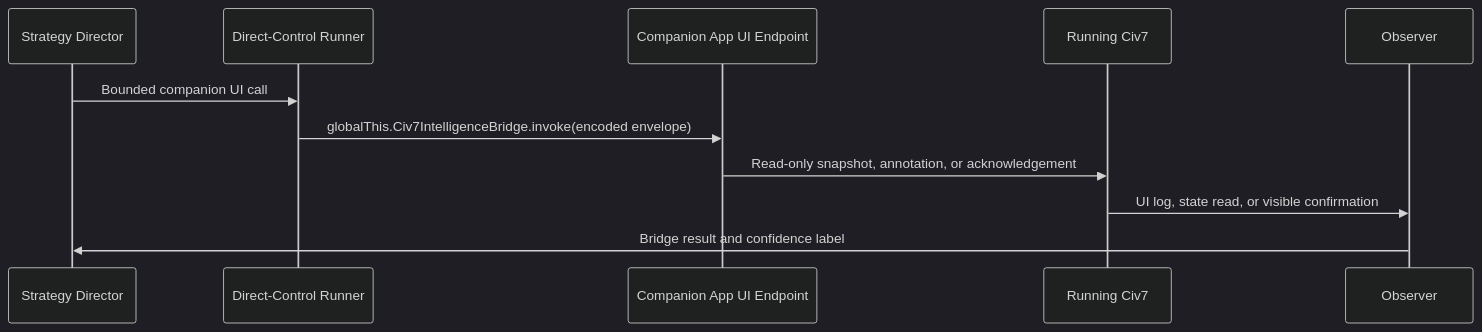
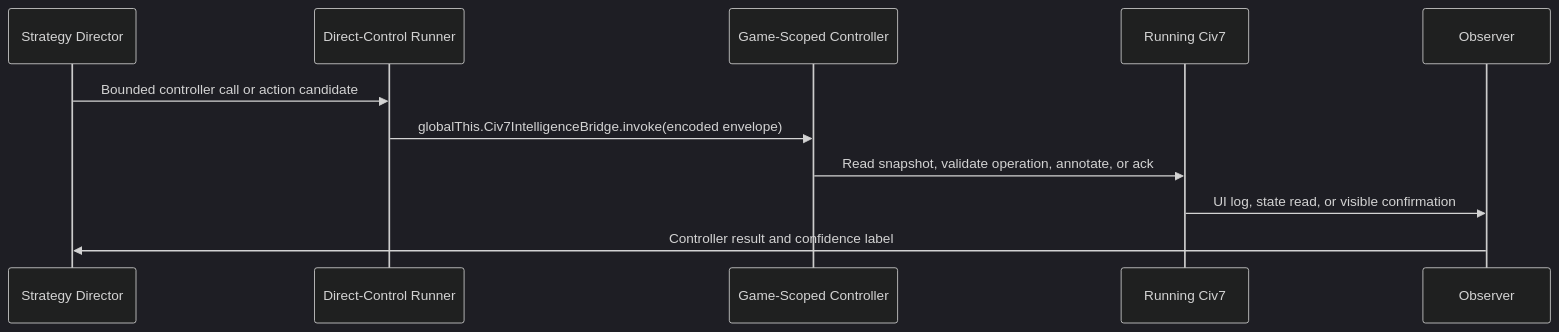
Before and after one commit to mateicanavra/civ7-modding-tools: the fourth of 4 diagrams in docs/projects/civ7-intelligence-layer/SOLUTION-FRAME.md, drawn with Mermaid (dark theme). The commit also changed other lines of this file and 34 other files, not shown here.

````diff
--- a/docs/projects/civ7-intelligence-layer/SOLUTION-FRAME.md
+++ b/docs/projects/civ7-intelligence-layer/SOLUTION-FRAME.md
@@ -410,14 +411,14 @@
 ```mermaid
 sequenceDiagram
   participant D as Strategy Director
   participant T as Direct-Control Runner
-  participant B as Companion App UI Endpoint
+  participant B as Game-Scoped Controller
   participant G as Running Civ7
   participant O as Observer
 
-  D->>T: Bounded companion UI call
+  D->>T: Bounded controller call or action candidate
   T->>B: globalThis.Civ7IntelligenceBridge.invoke(encoded envelope)
-  B->>G: Read-only snapshot, annotation, or acknowledgement
+  B->>G: Read snapshot, validate operation, annotate, or ack
   G->>O: UI log, state read, or visible confirmation
-  O->>D: Bridge result and confidence label
+  O->>D: Controller result and confidence label
 ```
````
